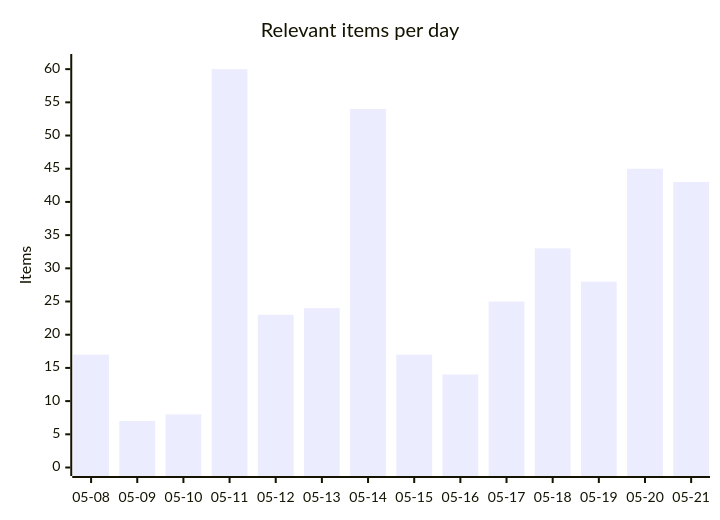
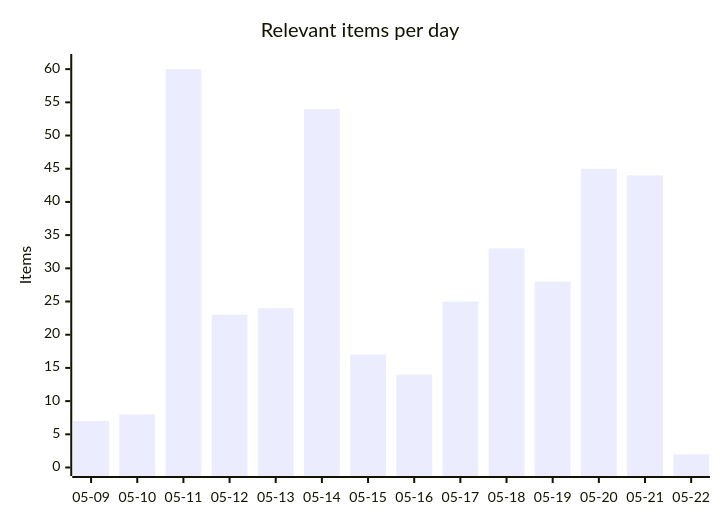
One commit to martinbalfanz/social-scanner-reports changed the first of 4 diagrams in README.md. Above: the diagram before and after it, drawn with Mermaid. The commit also changed other lines of this file and 4 other files, not shown here.

````diff
--- a/README.md
+++ b/README.md
@@ -30,7 +30,7 @@
 ```mermaid
 xychart-beta
     title "Relevant items per day"
-    x-axis ["05-08", "05-09", "05-10", "05-11", "05-12", "05-13", "05-14", "05-15", "05-16", "05-17", "05-18", "05-19", "05-20", "05-21"]
+    x-axis ["05-09", "05-10", "05-11", "05-12", "05-13", "05-14", "05-15", "05-16", "05-17", "05-18", "05-19", "05-20", "05-21", "05-22"]
     y-axis "Items" 0 --> 61
-    bar [17, 7, 8, 60, 23, 24, 54, 17, 14, 25, 33, 28, 45, 43]
+    bar [7, 8, 60, 23, 24, 54, 17, 14, 25, 33, 28, 45, 44, 2]
 ```
````
